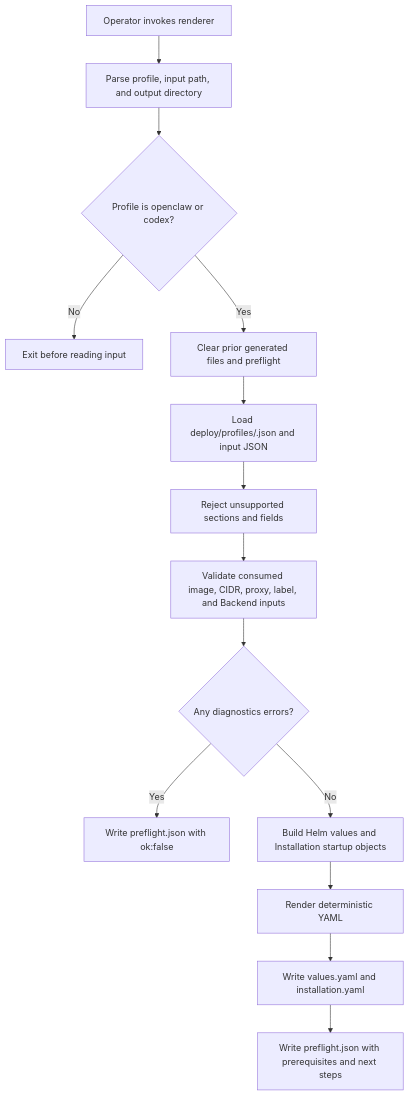
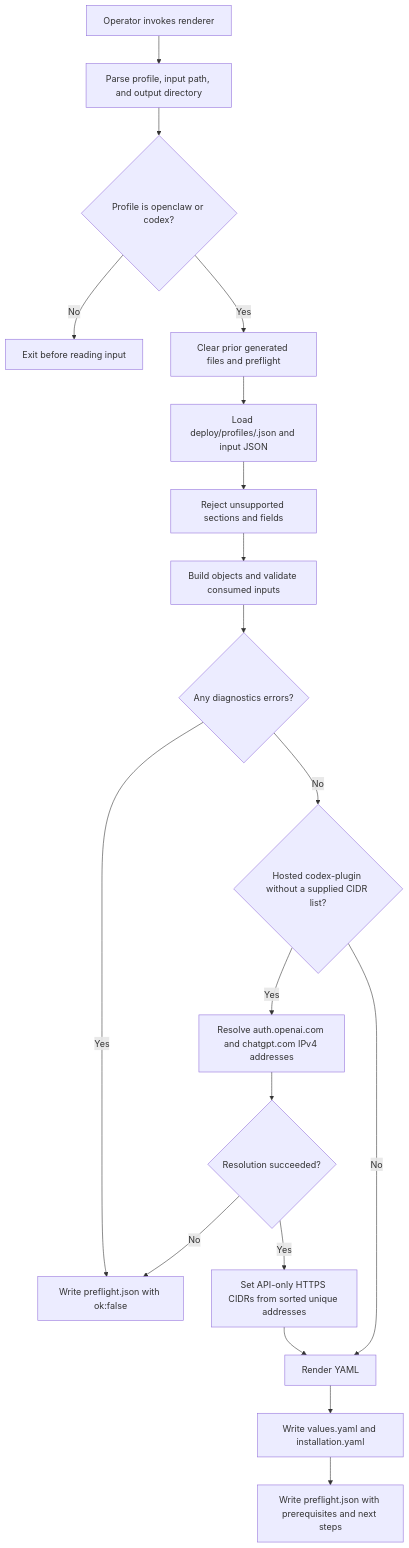
The diagram in docs/flows/installation-profile-rendering.md (openclaw/openclaw-enterprise), drawn with Mermaid before and after one commit. The commit also changed other lines of this file and 8 other files, not shown here.

Commit message:
fix(deploy): configure hosted Codex discovery egress with profiles

````diff
--- a/docs/flows/installation-profile-rendering.md
+++ b/docs/flows/installation-profile-rendering.md
@@ -32,16 +33,21 @@
 ```mermaid
 graph TD
   A["Operator invokes renderer"] --> B["Parse profile, input path, and output directory"]
   B --> C{"Profile is openclaw or codex?"}
   C -->|No| X["Exit before reading input"]
   C -->|Yes| R["Clear prior generated files and preflight"]
   R --> D["Load deploy/profiles/<profile>.json and input JSON"]
   D --> E["Reject unsupported sections and fields"]
-  E --> F["Validate consumed image, CIDR, proxy, label, and Backend inputs"]
+  E --> F["Build objects and validate consumed inputs"]
   F --> G{"Any diagnostics errors?"}
   G -->|Yes| H["Write preflight.json with ok:false"]
-  G -->|No| I["Build Helm values and Installation startup objects"]
-  I --> J["Render deterministic YAML"]
+  G -->|No| I{"Hosted codex-plugin without a supplied CIDR list?"}
+  I -->|Yes| M["Resolve auth.openai.com and chatgpt.com IPv4 addresses"]
+  M --> N{"Resolution succeeded?"}
+  N -->|No| H
+  N -->|Yes| O["Set API-only HTTPS CIDRs from sorted unique addresses"]
+  I -->|No| J["Render YAML"]
+  O --> J
   J --> K["Write values.yaml and installation.yaml"]
   K --> L["Write preflight.json with prerequisites and next steps"]
 ```
````
